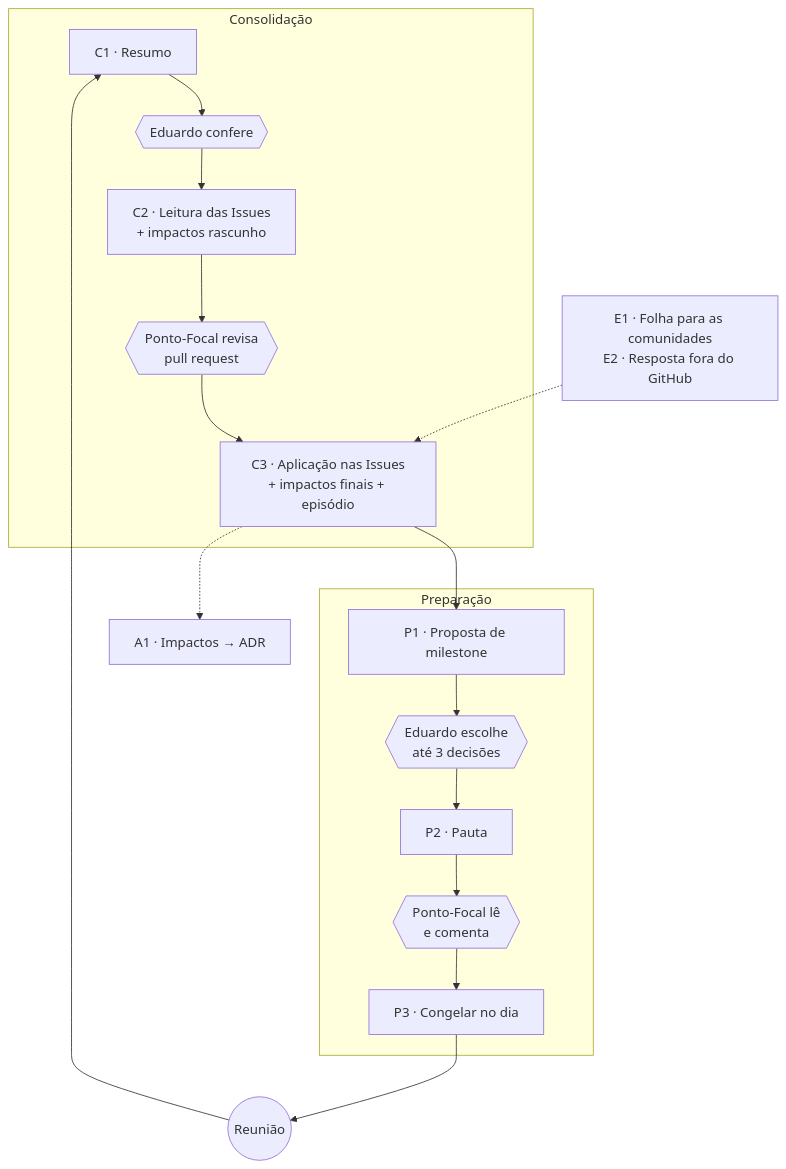
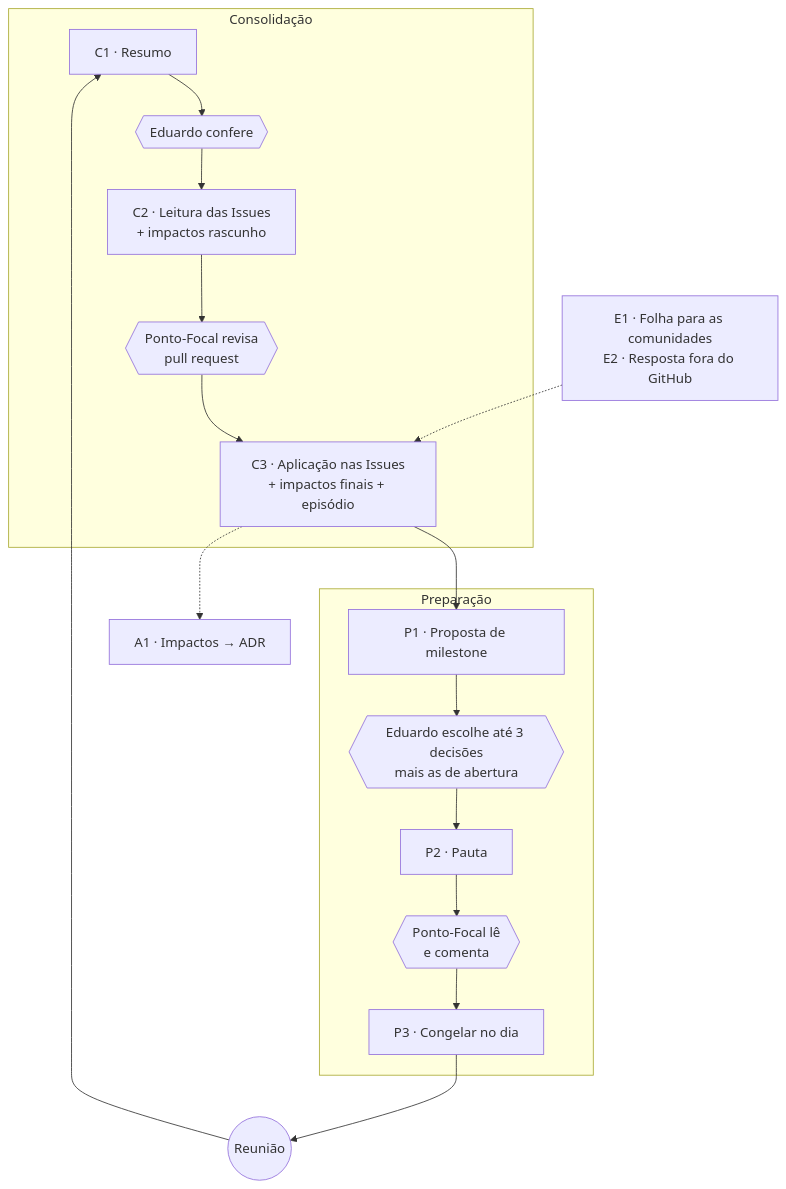
Before and after one commit to edalcin/Arquitetura-BioCultural: the diagram in docs/Governanca/Arquitetura/roteiro-de-prompts.md, drawn with Mermaid. The commit also changed other lines of this file and 13 other files, not shown here.

Commit message:
docs: registro só de prompts significativos (limpeza); decisões de abertura; milestone explicada no guia (M-13)

````diff
--- a/docs/Governanca/Arquitetura/roteiro-de-prompts.md
+++ b/docs/Governanca/Arquitetura/roteiro-de-prompts.md
@@ -31,19 +31,19 @@
 ```mermaid
 flowchart TD
   subgraph Consolidação
     C1["C1 · Resumo"] --> G1{{"Eduardo confere"}}
     G1 --> C2["C2 · Leitura das Issues<br/>+ impactos rascunho"]
     C2 --> G2{{"Ponto-Focal revisa<br/>pull request"}}
     G2 --> C3["C3 · Aplicação nas Issues<br/>+ impactos finais + episódio"]
   end
   subgraph Preparação
-    P1["P1 · Proposta de milestone"] --> G3{{"Eduardo escolhe<br/>até 3 decisões"}}
+    P1["P1 · Proposta de milestone"] --> G3{{"Eduardo escolhe até 3 decisões<br/>mais as de abertura"}}
     G3 --> P2["P2 · Pauta"]
     P2 --> G4{{"Ponto-Focal lê<br/>e comenta"}}
     G4 --> P3["P3 · Congelar no dia"]
   end
   C3 --> P1
   P3 --> R(("Reunião")) --> C1
   E["E1 · Folha para as comunidades<br/>E2 · Resposta fora do GitHub"] -.-> C3
   C3 -.-> A1["A1 · Impactos → ADR"]
 ```
````
